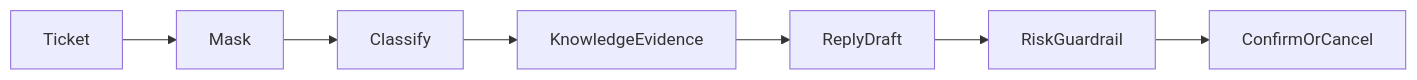
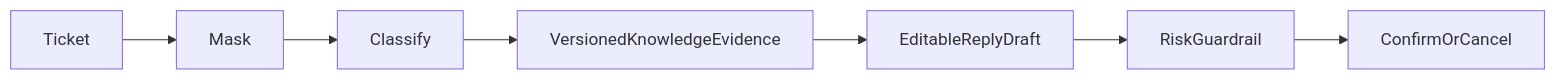
Before and after one commit to qcodingdev/spring-ai-business-copilot: the diagram in modules/support-copilot/README.md, drawn with Mermaid. The commit also changed other lines of this file and 281 other files, not shown here.

````diff
--- a/modules/support-copilot/README.md
+++ b/modules/support-copilot/README.md
@@ -7,4 +7,4 @@
 ```mermaid
 flowchart LR
-    Ticket --> Mask --> Classify --> KnowledgeEvidence --> ReplyDraft --> RiskGuardrail --> ConfirmOrCancel
+    Ticket --> Mask --> Classify --> VersionedKnowledgeEvidence --> EditableReplyDraft --> RiskGuardrail --> ConfirmOrCancel
 ```
````
